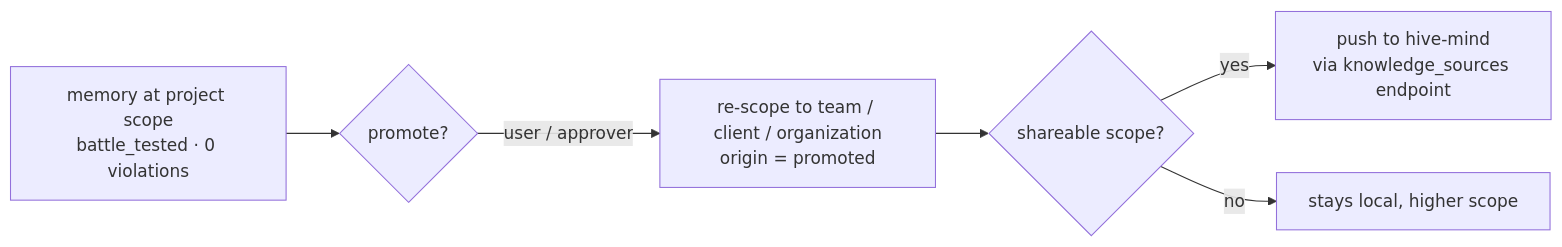
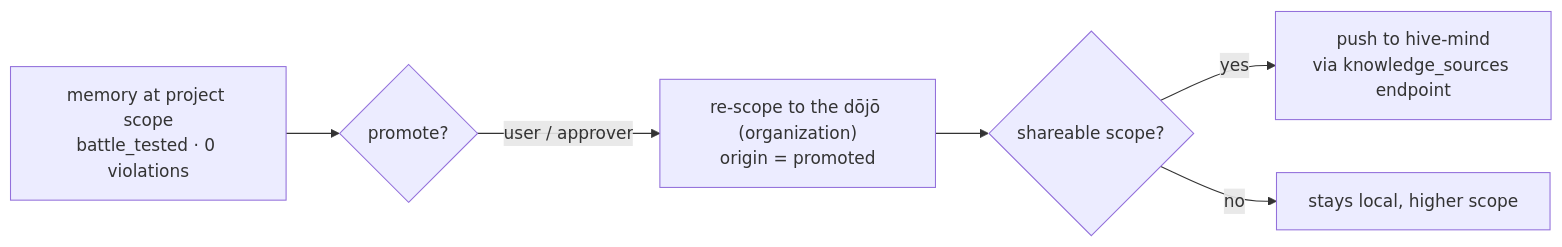
Before and after one commit to sensei-hq/sensei: the sixth of 7 diagrams in docs/architecture/concepts/governance.md, drawn with Mermaid. The commit also changed other lines of this file and 17 other files, not shown here.

````diff
--- a/docs/architecture/concepts/governance.md
+++ b/docs/architecture/concepts/governance.md
@@ -217,8 +216,8 @@
 ```mermaid
 flowchart LR
     A["memory at project scope<br/>battle_tested · 0 violations"] --> B{promote?}
-    B -->|user / approver| C["re-scope to team / client / organization<br/>origin = promoted"]
+    B -->|user / approver| C["re-scope to the dōjō (organization)<br/>origin = promoted"]
     C --> D{shareable scope?}
     D -->|yes| E["push to hive-mind<br/>via knowledge_sources endpoint"]
     D -->|no| F["stays local, higher scope"]
 ```
````
